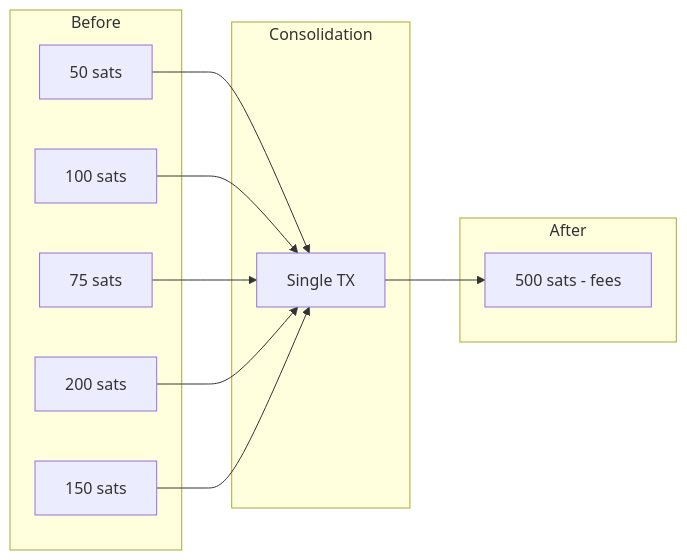
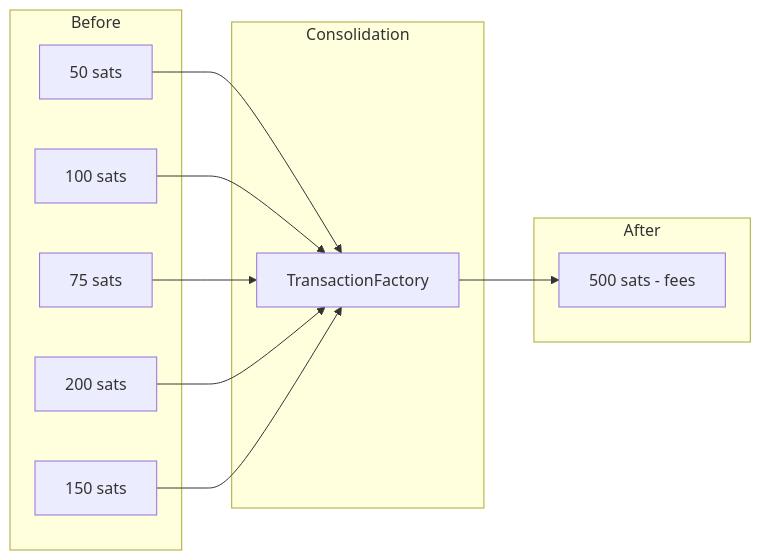
Before and after one commit to btc-vision/opnet: the diagram in docs/bitcoin/utxo-optimization.md, drawn with Mermaid. The commit also changed other lines of this file and 32 other files, not shown here.

````diff
--- a/docs/bitcoin/utxo-optimization.md
+++ b/docs/bitcoin/utxo-optimization.md
@@ -9,25 +21,25 @@
 ```mermaid
 flowchart LR
     subgraph Before
         U1[50 sats]
         U2[100 sats]
         U3[75 sats]
         U4[200 sats]
         U5[150 sats]
     end
 
     subgraph Consolidation
-        TX[Single TX]
+        TX[TransactionFactory]
     end
 
     subgraph After
         C[500 sats - fees]
     end
 
     U1 --> TX
     U2 --> TX
     U3 --> TX
     U4 --> TX
     U5 --> TX
     TX --> C
 ```
````
